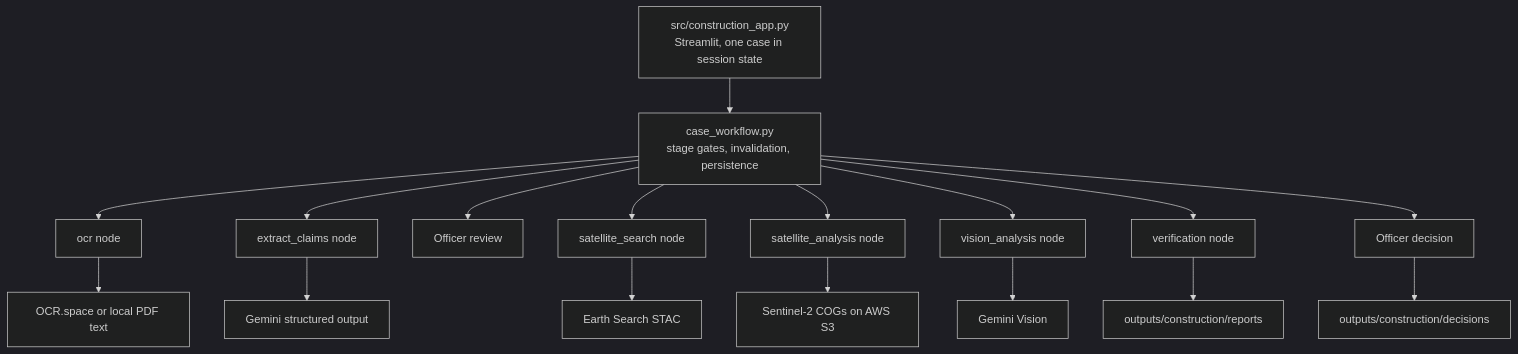
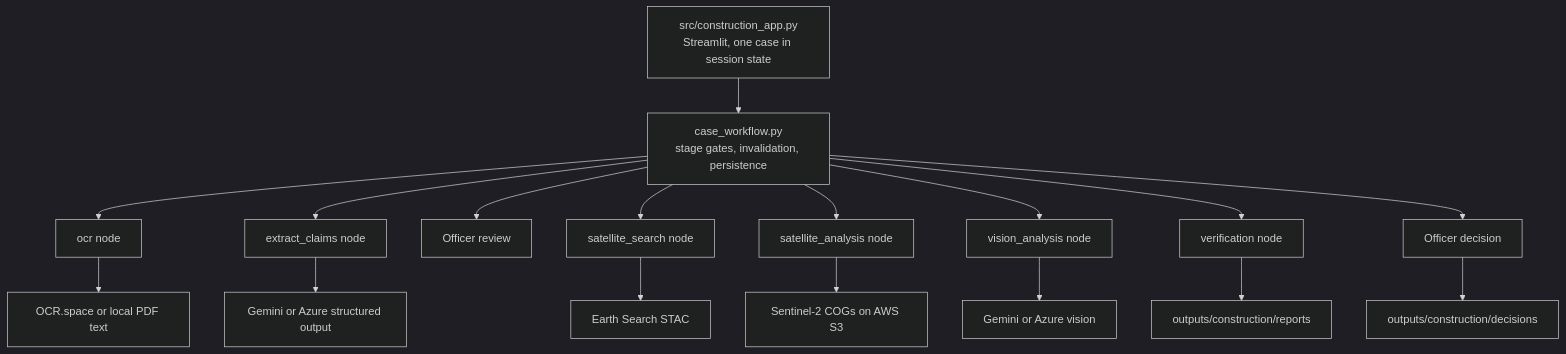
Before and after one commit to priyanshu7739410/aegis: the diagram in README.md, drawn with Mermaid (dark theme). The commit also changed other lines of this file and 10 other files, not shown here.

````diff
--- a/README.md
+++ b/README.md
@@ -17,14 +17,14 @@
 ```mermaid
 flowchart TD
     UI["src/construction_app.py<br/>Streamlit, one case in session state"]
     WF["case_workflow.py<br/>stage gates, invalidation, persistence"]
     UI --> WF
     WF --> OCR["ocr node"] --> OCRS["OCR.space or local PDF text"]
-    WF --> EX["extract_claims node"] --> GEM["Gemini structured output"]
+    WF --> EX["extract_claims node"] --> GEM["Gemini or Azure structured output"]
     WF --> REVIEW["Officer review"]
     WF --> SEARCH["satellite_search node"] --> STAC["Earth Search STAC"]
     WF --> RASTER["satellite_analysis node"] --> S3["Sentinel-2 COGs on AWS S3"]
-    WF --> VISION["vision_analysis node"] --> GEMV["Gemini Vision"]
+    WF --> VISION["vision_analysis node"] --> GEMV["Gemini or Azure vision"]
     WF --> REPORT["verification node"] --> RF["outputs/construction/reports"]
     WF --> DECISION["Officer decision"] --> DF["outputs/construction/decisions"]
 ```
````
